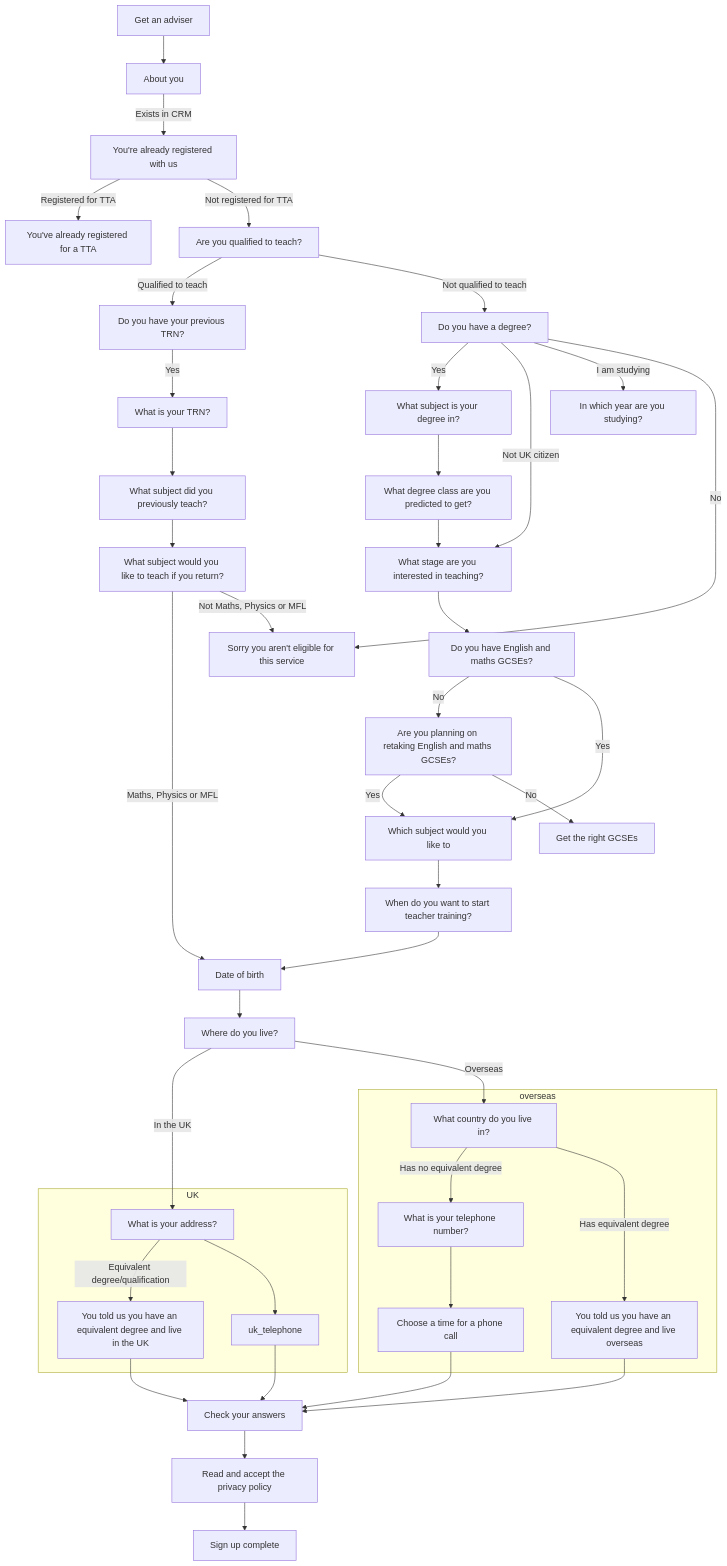
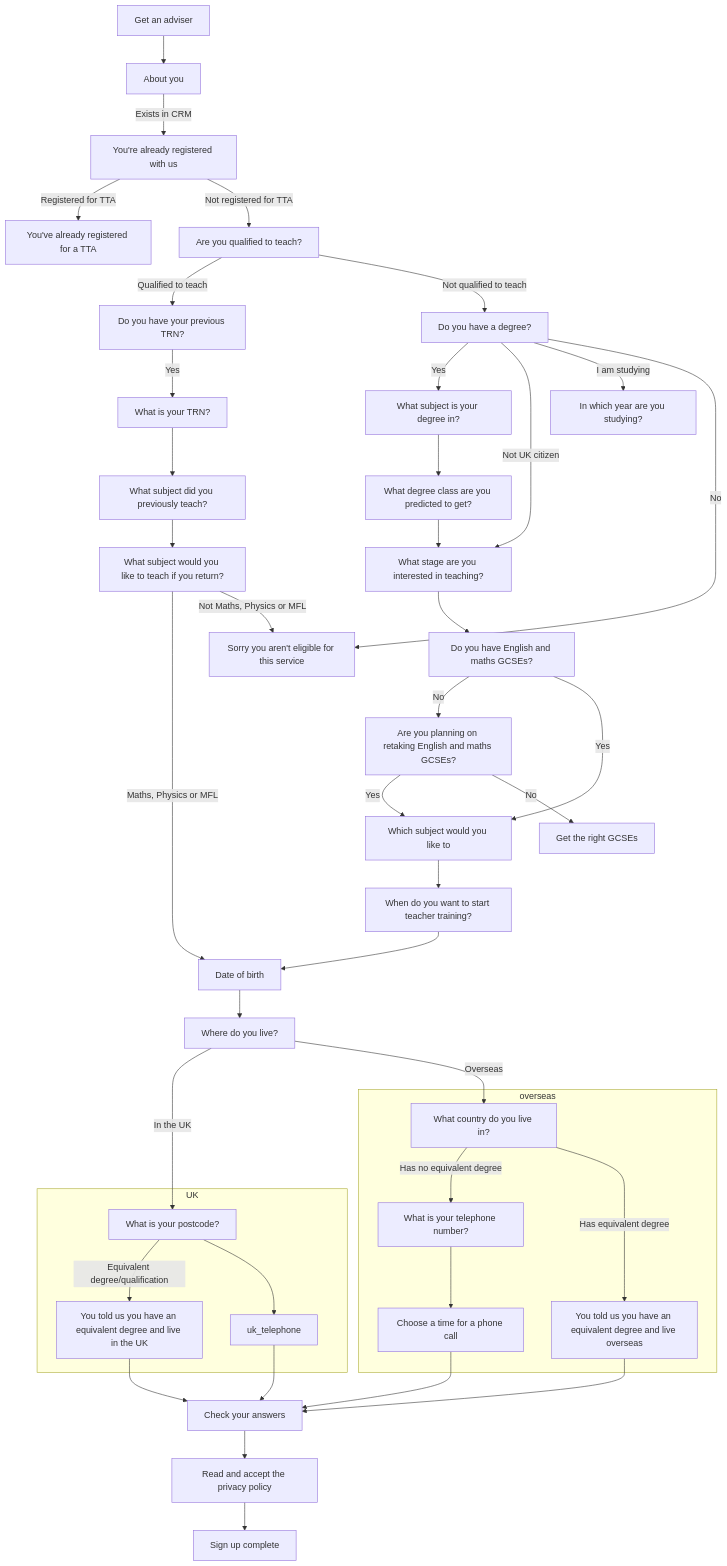
The diagram in docs/journey.md (DFE-Digital/get-teacher-training-adviser-service), drawn with Mermaid before and after one commit. The commit also changed 19 other files, not shown here.

````diff
--- a/docs/journey.md
+++ b/docs/journey.md
@@ -3,61 +3,61 @@
 ```mermaid
 graph TD;
   get_an_adviser[Get an adviser] --> about_you[About you]
 
   about_you -- Exists in CRM --> already_registered[You're already registered with us]
   
   already_registered -- Registered for TTA --> registered_already[You've already registered for a TTA]
   already_registered -- Not registered for TTA --> qualified_to_teach[Are you qualified to teach?]
 
   qualified_to_teach -- Qualified to teach --> have_trn[Do you have your previous TRN?]
   qualified_to_teach -- Not qualified to teach --> have_degree[Do you have a degree?]
 
   have_trn -- Yes --> trn[What is your TRN?]
   trn --> previous_subject[What subject did you previously teach?]
   previous_subject --> next_subject[What subject would you like to teach if you return?]
 
   next_subject -- Maths, Physics or MFL --> date_of_birth[Date of birth]
   next_subject -- Not Maths, Physics or MFL --> not_eligible[Sorry you aren't eligible for this service]
 
   have_degree -- Yes --> what_degree[What subject is your degree in?]
   have_degree -- Not UK citizen --> what_stage[What stage are you interested in teaching?]
   have_degree -- I am studying --> what_year[In which year are you studying?]
   have_degree -- No --> not_eligible
 
   what_degree --> what_class_predicted[What degree class are you predicted to get?]
   what_class_predicted --> what_stage
   what_stage --> gcses[Do you have English and maths GCSEs?]
 
   gcses -- No --> retake_gcses[Are you planning on retaking English and maths GCSEs?]
   gcses -- Yes --> subject[Which subject would you like to]
 
   retake_gcses -- Yes --> subject
   retake_gcses -- No --> get_gcses[Get the right GCSEs]
 
   subject --> start_teacher_training[When do you want to start teacher training?]
   start_teacher_training --> date_of_birth[Date of birth]
   date_of_birth --> where_do_you_live[Where do you live?]
 
-  where_do_you_live -- In the UK --> address[What is your address?]
+  where_do_you_live -- In the UK --> address[What is your postcode?]
   where_do_you_live -- Overseas --> country[What country do you live in?]
 
   subgraph overseas
     country -- Has no equivalent degree --> overseas_telephone[What is your telephone number?]
     country -- Has equivalent degree --> overseas_degree[You told us you have an equivalent degree and live overseas]
 
     overseas_telephone --> choose_a_time[Choose a time for a phone call]
   end
 
   subgraph UK
     address -- Equivalent degree/qualification --> equivalent_degree[You told us you have an equivalent degree and live in the UK]
     address --> uk_telephone
   end
 
   choose_a_time --> check_your_answers[Check your answers]
   uk_telephone --> check_your_answers
   equivalent_degree --> check_your_answers
   overseas_degree --> check_your_answers
 
   check_your_answers --> privacy_policy[Read and accept the privacy policy]
   privacy_policy --> complete[Sign up complete]
 ```
````
